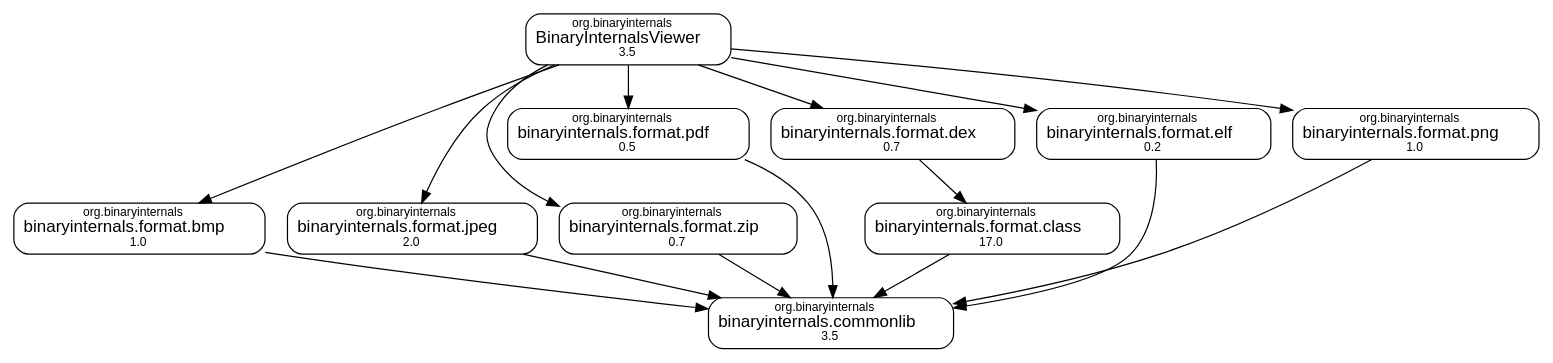
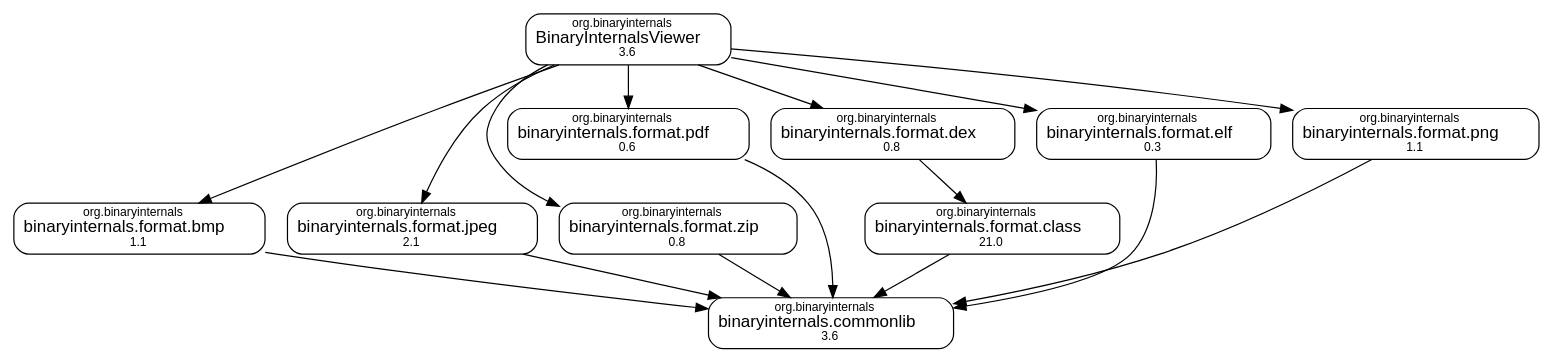
The diagram in docs/dependency-graph.dot (amosshi/binaryinternals), drawn with Graphviz before and after one commit. The commit also changed 3 other files, not shown here.

```diff
--- a/docs/dependency-graph.dot
+++ b/docs/dependency-graph.dot
@@ -1,33 +1,33 @@
 digraph "binaryinternals" {
   node [shape="box",style="rounded",fontname="Helvetica",fontsize="14"]
   edge [fontsize="10",fontname="Helvetica"]
 
   // Node Definitions:
-  "org.binaryinternals:binaryinternals.format.class:jar:compile"[label=<<font point-size="10">org.binaryinternals</font><br/>binaryinternals.format.class<font point-size="10"><br/>17.0</font>>]
-  "org.binaryinternals:binaryinternals.commonlib:jar:compile"[label=<<font point-size="10">org.binaryinternals</font><br/>binaryinternals.commonlib<font point-size="10"><br/>3.5</font>>]
-  "org.binaryinternals:binaryinternals.format.bmp:jar:compile"[label=<<font point-size="10">org.binaryinternals</font><br/>binaryinternals.format.bmp<font point-size="10"><br/>1.0</font>>]
-  "org.binaryinternals:binaryinternals.format.jpeg:jar:compile"[label=<<font point-size="10">org.binaryinternals</font><br/>binaryinternals.format.jpeg<font point-size="10"><br/>2.0</font>>]
-  "org.binaryinternals:binaryinternals.format.zip:jar:compile"[label=<<font point-size="10">org.binaryinternals</font><br/>binaryinternals.format.zip<font point-size="10"><br/>0.7</font>>]
-  "org.binaryinternals:binaryinternals.format.pdf:jar:compile"[label=<<font point-size="10">org.binaryinternals</font><br/>binaryinternals.format.pdf<font point-size="10"><br/>0.5</font>>]
-  "org.binaryinternals:binaryinternals.format.dex:jar:compile"[label=<<font point-size="10">org.binaryinternals</font><br/>binaryinternals.format.dex<font point-size="10"><br/>0.7</font>>]
-  "org.binaryinternals:binaryinternals.format.elf:jar:compile"[label=<<font point-size="10">org.binaryinternals</font><br/>binaryinternals.format.elf<font point-size="10"><br/>0.2</font>>]
-  "org.binaryinternals:binaryinternals.format.png:jar:compile"[label=<<font point-size="10">org.binaryinternals</font><br/>binaryinternals.format.png<font point-size="10"><br/>1.0</font>>]
-  "org.binaryinternals:BinaryInternalsViewer:jar:compile"[label=<<font point-size="10">org.binaryinternals</font><br/>BinaryInternalsViewer<font point-size="10"><br/>3.5</font>>]
+  "org.binaryinternals:binaryinternals.format.class:jar:compile"[label=<<font point-size="10">org.binaryinternals</font><br/>binaryinternals.format.class<font point-size="10"><br/>21.0</font>>]
+  "org.binaryinternals:binaryinternals.commonlib:jar:compile"[label=<<font point-size="10">org.binaryinternals</font><br/>binaryinternals.commonlib<font point-size="10"><br/>3.6</font>>]
+  "org.binaryinternals:binaryinternals.format.bmp:jar:compile"[label=<<font point-size="10">org.binaryinternals</font><br/>binaryinternals.format.bmp<font point-size="10"><br/>1.1</font>>]
+  "org.binaryinternals:binaryinternals.format.jpeg:jar:compile"[label=<<font point-size="10">org.binaryinternals</font><br/>binaryinternals.format.jpeg<font point-size="10"><br/>2.1</font>>]
+  "org.binaryinternals:binaryinternals.format.zip:jar:compile"[label=<<font point-size="10">org.binaryinternals</font><br/>binaryinternals.format.zip<font point-size="10"><br/>0.8</font>>]
+  "org.binaryinternals:binaryinternals.format.pdf:jar:compile"[label=<<font point-size="10">org.binaryinternals</font><br/>binaryinternals.format.pdf<font point-size="10"><br/>0.6</font>>]
+  "org.binaryinternals:binaryinternals.format.dex:jar:compile"[label=<<font point-size="10">org.binaryinternals</font><br/>binaryinternals.format.dex<font point-size="10"><br/>0.8</font>>]
+  "org.binaryinternals:binaryinternals.format.elf:jar:compile"[label=<<font point-size="10">org.binaryinternals</font><br/>binaryinternals.format.elf<font point-size="10"><br/>0.3</font>>]
+  "org.binaryinternals:binaryinternals.format.png:jar:compile"[label=<<font point-size="10">org.binaryinternals</font><br/>binaryinternals.format.png<font point-size="10"><br/>1.1</font>>]
+  "org.binaryinternals:BinaryInternalsViewer:jar:compile"[label=<<font point-size="10">org.binaryinternals</font><br/>BinaryInternalsViewer<font point-size="10"><br/>3.6</font>>]
 
   // Edge Definitions:
   "org.binaryinternals:binaryinternals.format.class:jar:compile" -> "org.binaryinternals:binaryinternals.commonlib:jar:compile"
   "org.binaryinternals:binaryinternals.format.bmp:jar:compile" -> "org.binaryinternals:binaryinternals.commonlib:jar:compile"
   "org.binaryinternals:binaryinternals.format.jpeg:jar:compile" -> "org.binaryinternals:binaryinternals.commonlib:jar:compile"
   "org.binaryinternals:binaryinternals.format.zip:jar:compile" -> "org.binaryinternals:binaryinternals.commonlib:jar:compile"
   "org.binaryinternals:binaryinternals.format.pdf:jar:compile" -> "org.binaryinternals:binaryinternals.commonlib:jar:compile"
   "org.binaryinternals:binaryinternals.format.dex:jar:compile" -> "org.binaryinternals:binaryinternals.format.class:jar:compile"
   "org.binaryinternals:binaryinternals.format.elf:jar:compile" -> "org.binaryinternals:binaryinternals.commonlib:jar:compile"
   "org.binaryinternals:binaryinternals.format.png:jar:compile" -> "org.binaryinternals:binaryinternals.commonlib:jar:compile"
   "org.binaryinternals:BinaryInternalsViewer:jar:compile" -> "org.binaryinternals:binaryinternals.format.bmp:jar:compile"
   "org.binaryinternals:BinaryInternalsViewer:jar:compile" -> "org.binaryinternals:binaryinternals.format.jpeg:jar:compile"
   "org.binaryinternals:BinaryInternalsViewer:jar:compile" -> "org.binaryinternals:binaryinternals.format.zip:jar:compile"
   "org.binaryinternals:BinaryInternalsViewer:jar:compile" -> "org.binaryinternals:binaryinternals.format.pdf:jar:compile"
   "org.binaryinternals:BinaryInternalsViewer:jar:compile" -> "org.binaryinternals:binaryinternals.format.dex:jar:compile"
   "org.binaryinternals:BinaryInternalsViewer:jar:compile" -> "org.binaryinternals:binaryinternals.format.elf:jar:compile"
   "org.binaryinternals:BinaryInternalsViewer:jar:compile" -> "org.binaryinternals:binaryinternals.format.png:jar:compile"
 }
```
